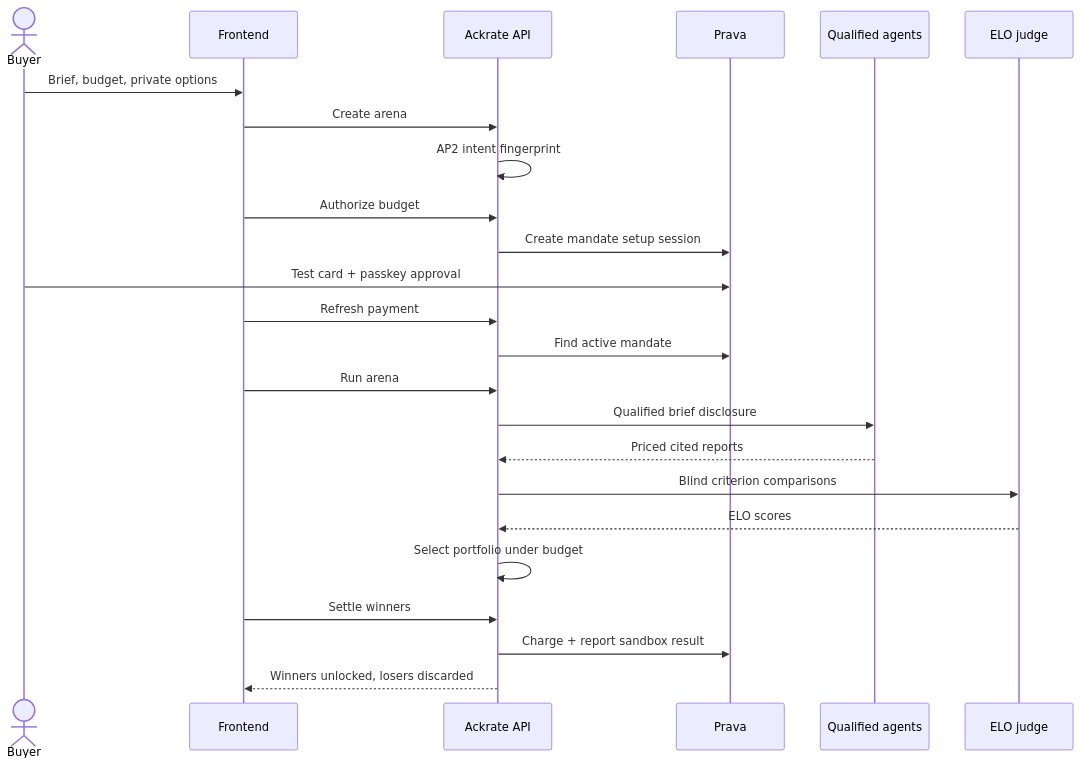
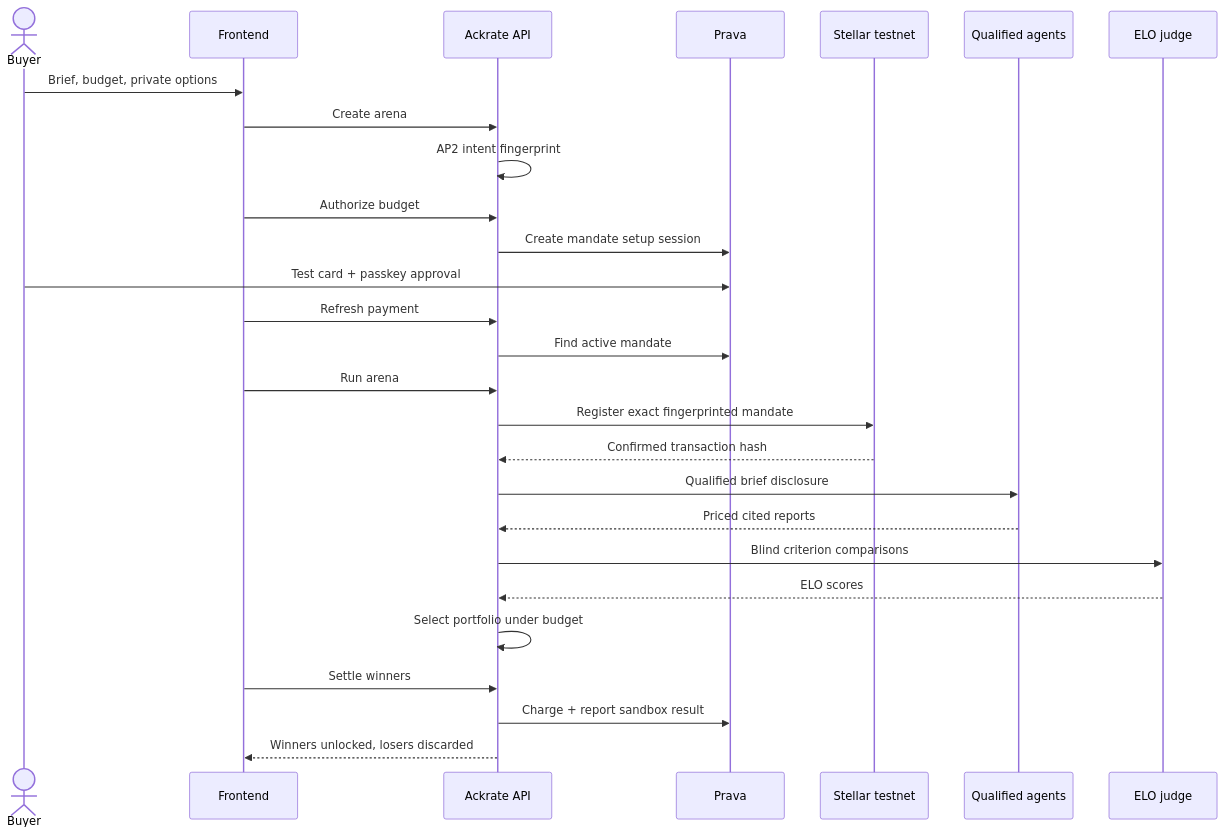
Before and after one commit to reapp-protocol/ackrate-research-arena: the second of 2 diagrams in ARCHITECTURE.md, drawn with Mermaid. The commit also changed other lines of this file and 12 other files, not shown here.

Commit message:
feat: anchor approved mandates on Stellar testnet

````diff
--- a/ARCHITECTURE.md
+++ b/ARCHITECTURE.md
@@ -29,27 +30,30 @@
 ```mermaid
 sequenceDiagram
     actor Buyer
     participant UI as Frontend
     participant API as Ackrate API
     participant Prava
+    participant Stellar as Stellar testnet
     participant Agents as Qualified agents
     participant Judge as ELO judge
 
     Buyer->>UI: Brief, budget, private options
     UI->>API: Create arena
     API->>API: AP2 intent fingerprint
     UI->>API: Authorize budget
     API->>Prava: Create mandate setup session
     Buyer->>Prava: Test card + passkey approval
     UI->>API: Refresh payment
     API->>Prava: Find active mandate
     UI->>API: Run arena
+    API->>Stellar: Register exact fingerprinted mandate
+    Stellar-->>API: Confirmed transaction hash
     API->>Agents: Qualified brief disclosure
     Agents-->>API: Priced cited reports
     API->>Judge: Blind criterion comparisons
     Judge-->>API: ELO scores
     API->>API: Select portfolio under budget
     UI->>API: Settle winners
     API->>Prava: Charge + report sandbox result
     API-->>UI: Winners unlocked, losers discarded
 ```
````
